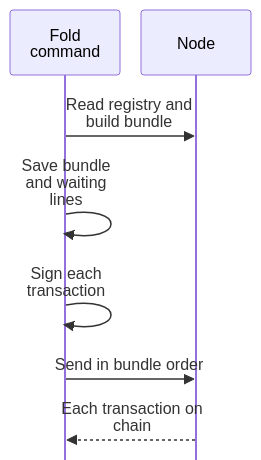
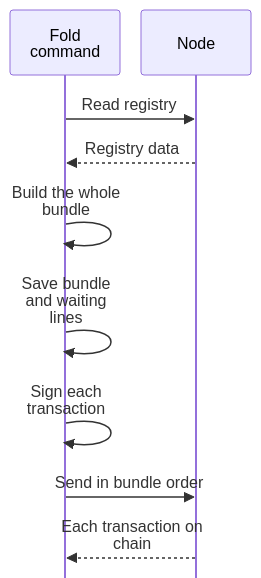
One commit to lambdasistemi/singular changed the fifth of 8 diagrams in docs/singular-node.md. Above: the diagram before and after it, drawn with Mermaid. The commit also changed 1 other file, not shown here.

Commit message:
docs(cli): show bundle construction in the command
Separate the node's registry-data reply from the command's local bundle
construction in the fold sequence. The diagram now matches the existing
prose and implementation boundary explicitly. Spoken text is unchanged;
the generated speech companion is refreshed against the source.

````diff
--- a/docs/singular-node.md
+++ b/docs/singular-node.md
@@ -515,11 +515,13 @@
 ```mermaid
 %%{init: {'sequence': {'actorMargin': 20, 'width': 110, 'wrap': true, 'mirrorActors': false}}}%%
 sequenceDiagram
     participant W as Fold command
     participant N as Node
-    W->>N: Read registry and build bundle
+    W->>N: Read registry
+    N-->>W: Registry data
+    W->>W: Build the whole bundle
     W->>W: Save bundle and waiting lines
     W->>W: Sign each transaction
     W->>N: Send in bundle order
     N-->>W: Each transaction on chain
 ```
````
